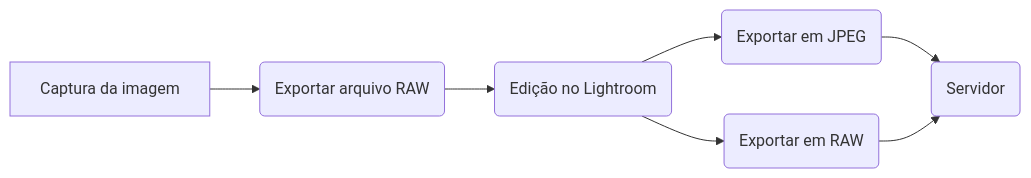
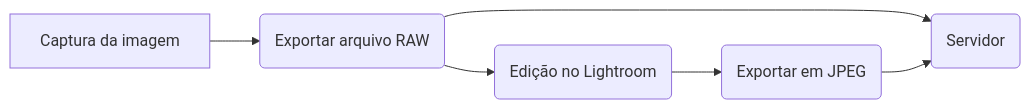
One commit to MuseuNacional/colbio changed the diagram in FluxogramaGeral.md. Above: the diagram before and after it, drawn with Mermaid. The commit also changed other lines of this file, not shown here.

````diff
--- a/FluxogramaGeral.md
+++ b/FluxogramaGeral.md
@@ -1,12 +1,11 @@
 ```mermaid
 graph LR
 A[Captura da imagem] --> B(Exportar arquivo RAW)
 B --> C(Edição no Lightroom)
+B --> F
 C --> D(Exportar em JPEG)
-C --> E(Exportar em RAW)
 D --> F(Servidor)
-E --> F
 
 
 
 ```
````
